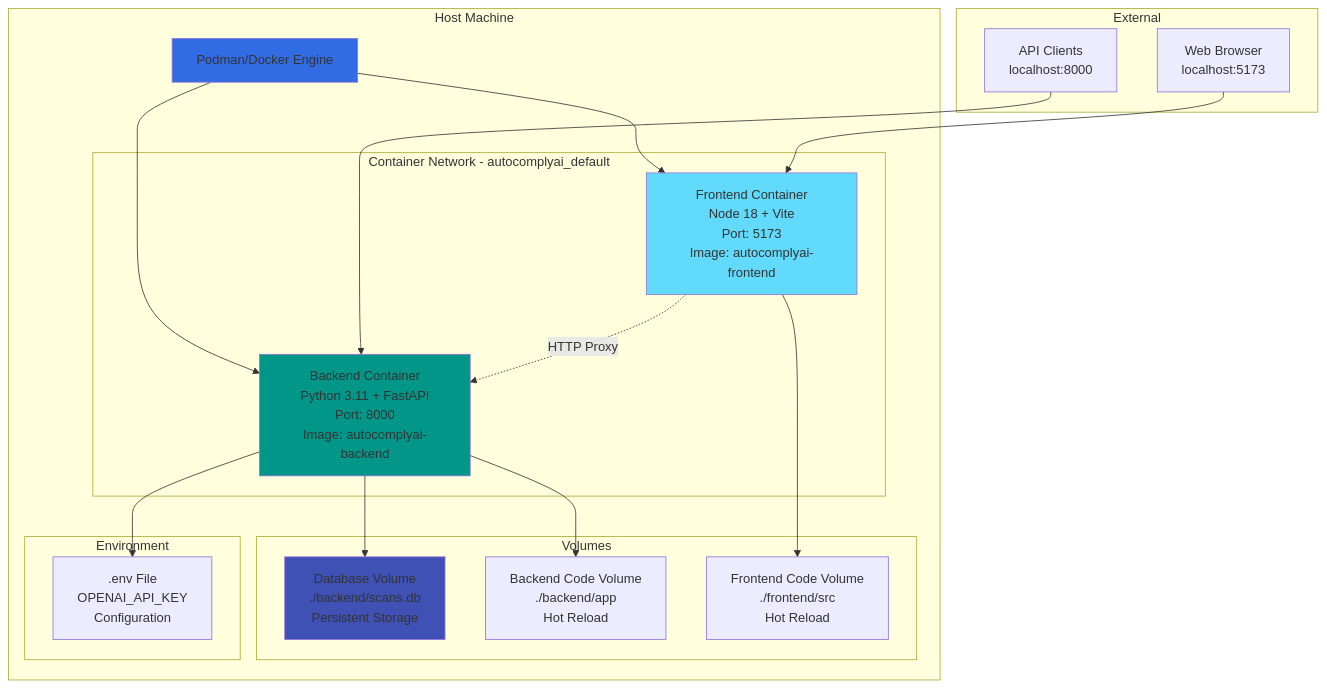
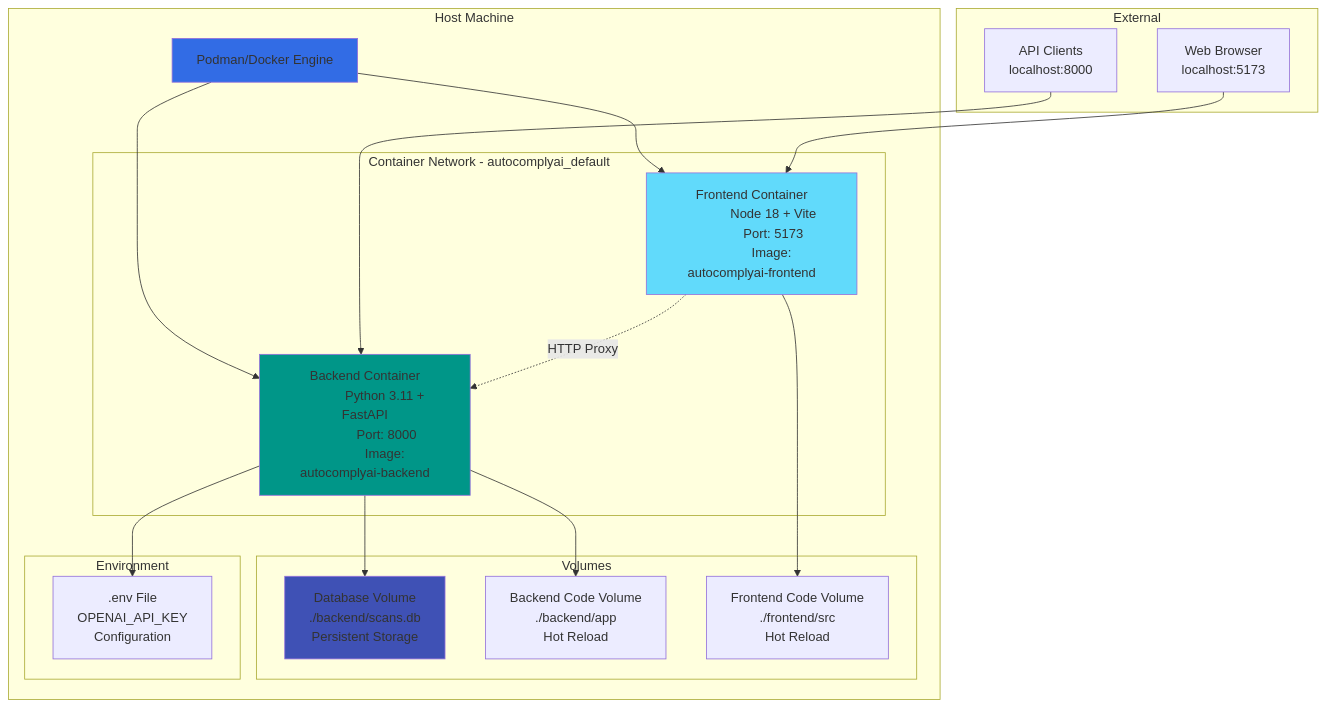
One commit to dbachu/AutoComplyAI_Enterprise_NoGaps changed the tenth of 13 diagrams in ARCHITECTURE_DIAGRAMS.md. Above: the diagram before and after it, drawn with Mermaid. The commit also changed other lines of this file, not shown here.

Commit message:
Fix Mermaid diagram syntax - replace HTML br tags with line breaks

````diff
--- a/ARCHITECTURE_DIAGRAMS.md
+++ b/ARCHITECTURE_DIAGRAMS.md
@@ -649,43 +740,59 @@
 ```mermaid
 graph TB
     subgraph "Host Machine"
         Podman[Podman/Docker Engine]
         
         subgraph "Container Network - autocomplyai_default"
-            Frontend[Frontend Container<br/>Node 18 + Vite<br/>Port: 5173<br/>Image: autocomplyai-frontend]
-            Backend[Backend Container<br/>Python 3.11 + FastAPI<br/>Port: 8000<br/>Image: autocomplyai-backend]
+            Frontend["Frontend Container
+            Node 18 + Vite
+            Port: 5173
+            Image: autocomplyai-frontend"]
+            Backend["Backend Container
+            Python 3.11 + FastAPI
+            Port: 8000
+            Image: autocomplyai-backend"]
         end
         
         subgraph "Volumes"
-            DBVolume[Database Volume<br/>./backend/scans.db<br/>Persistent Storage]
-            BackendCode[Backend Code Volume<br/>./backend/app<br/>Hot Reload]
-            FrontendCode[Frontend Code Volume<br/>./frontend/src<br/>Hot Reload]
+            DBVolume["Database Volume
+            ./backend/scans.db
+            Persistent Storage"]
+            BackendCode["Backend Code Volume
+            ./backend/app
+            Hot Reload"]
+            FrontendCode["Frontend Code Volume
+            ./frontend/src
+            Hot Reload"]
         end
         
         subgraph "Environment"
-            EnvFile[.env File<br/>OPENAI_API_KEY<br/>Configuration]
+            EnvFile[".env File
+            OPENAI_API_KEY
+            Configuration"]
         end
     end
     
     subgraph "External"
-        Browser[Web Browser<br/>localhost:5173]
-        APIClient[API Clients<br/>localhost:8000]
+        Browser["Web Browser
+        localhost:5173"]
+        APIClient["API Clients
+        localhost:8000"]
     end
 
     Podman --> Frontend
     Podman --> Backend
     
     Frontend --> FrontendCode
     Backend --> BackendCode
     Backend --> DBVolume
     Backend --> EnvFile
     
     Browser --> Frontend
     APIClient --> Backend
     Frontend -.->|HTTP Proxy| Backend
 
     style Podman fill:#326ce5
     style Frontend fill:#61dafb
     style Backend fill:#009688
     style DBVolume fill:#3f51b5
 ```
````
